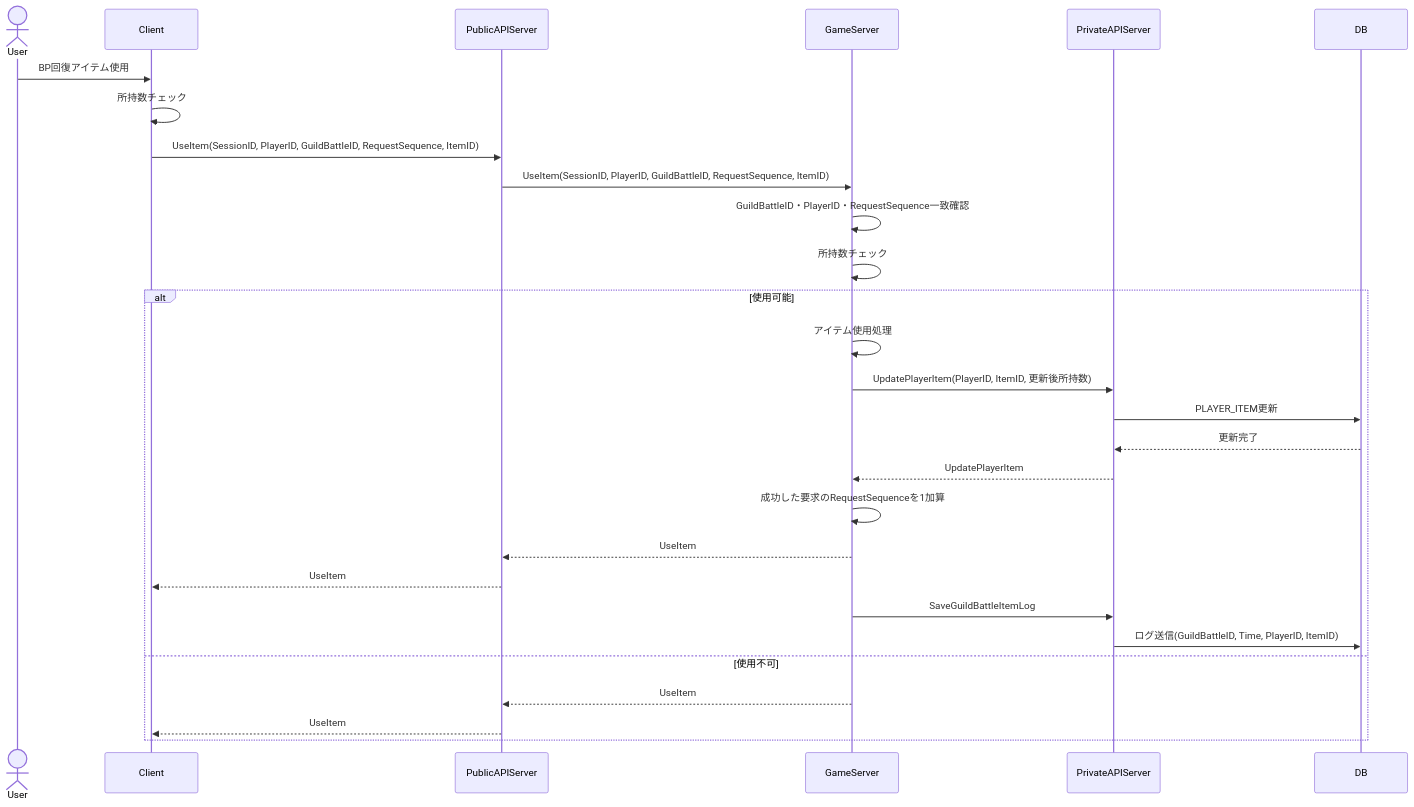
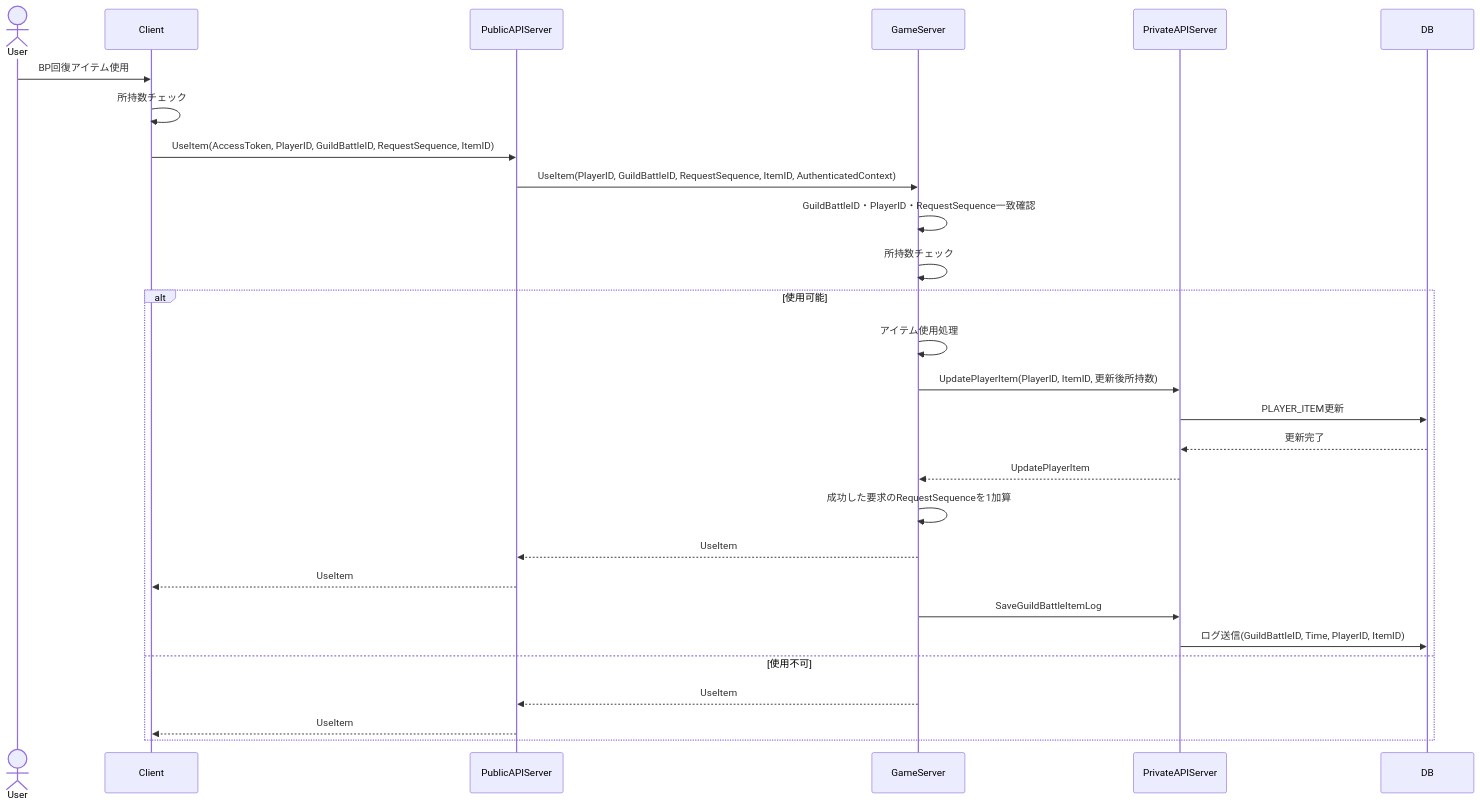
The ninth of 16 diagrams in design/guild_battle.md (ReHydrangeaOdyssey/Specifications), drawn with Mermaid before and after one commit. The commit also changed other lines of this file and 18 other files, not shown here.

````diff
--- a/design/guild_battle.md
+++ b/design/guild_battle.md
@@ -368,35 +384,35 @@
 ```mermaid
 sequenceDiagram
     actor User
     participant Client
     participant PublicAPIServer
     participant GameServer
     participant PrivateAPIServer
     participant DB
 
     User->>Client: BP回復アイテム使用
     Client->>Client: 所持数チェック
-    Client->>PublicAPIServer: UseItem(SessionID, PlayerID, GuildBattleID, RequestSequence, ItemID)
-    PublicAPIServer->>GameServer: UseItem(SessionID, PlayerID, GuildBattleID, RequestSequence, ItemID)
+    Client->>PublicAPIServer: UseItem(AccessToken, PlayerID, GuildBattleID, RequestSequence, ItemID)
+    PublicAPIServer->>GameServer: UseItem(PlayerID, GuildBattleID, RequestSequence, ItemID, AuthenticatedContext)
 
     GameServer->>GameServer: GuildBattleID・PlayerID・RequestSequence一致確認
     GameServer->>GameServer: 所持数チェック
 
     alt 使用可能
         GameServer->>GameServer: アイテム使用処理
         GameServer->>PrivateAPIServer: UpdatePlayerItem(PlayerID, ItemID, 更新後所持数)
         PrivateAPIServer->>DB: PLAYER_ITEM更新
         DB-->>PrivateAPIServer: 更新完了
         PrivateAPIServer-->>GameServer: UpdatePlayerItem
         GameServer->>GameServer: 成功した要求のRequestSequenceを1加算
         GameServer-->>PublicAPIServer: UseItem
         PublicAPIServer-->>Client: UseItem
 
         GameServer ->> PrivateAPIServer: SaveGuildBattleItemLog
         PrivateAPIServer ->> DB: ログ送信(GuildBattleID, Time, PlayerID, ItemID)
     else 使用不可
         GameServer-->>PublicAPIServer: UseItem
         PublicAPIServer-->>Client: UseItem
     end
 
 ```
````
